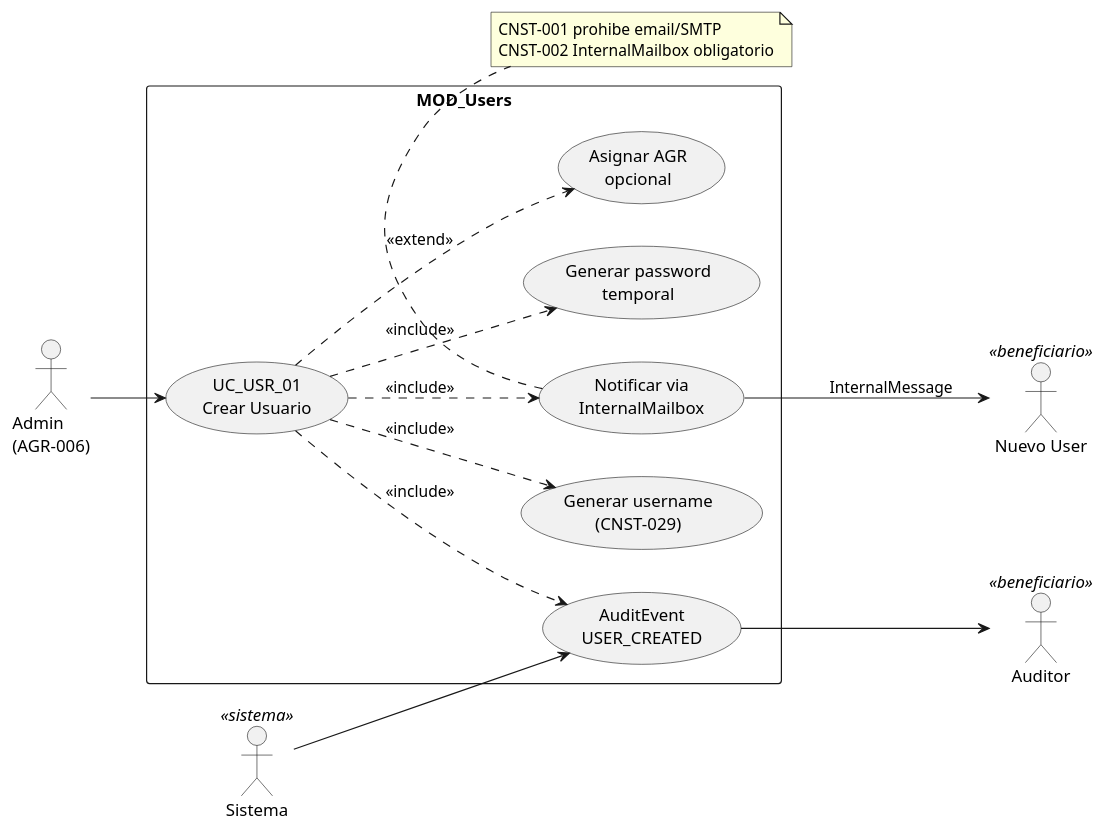
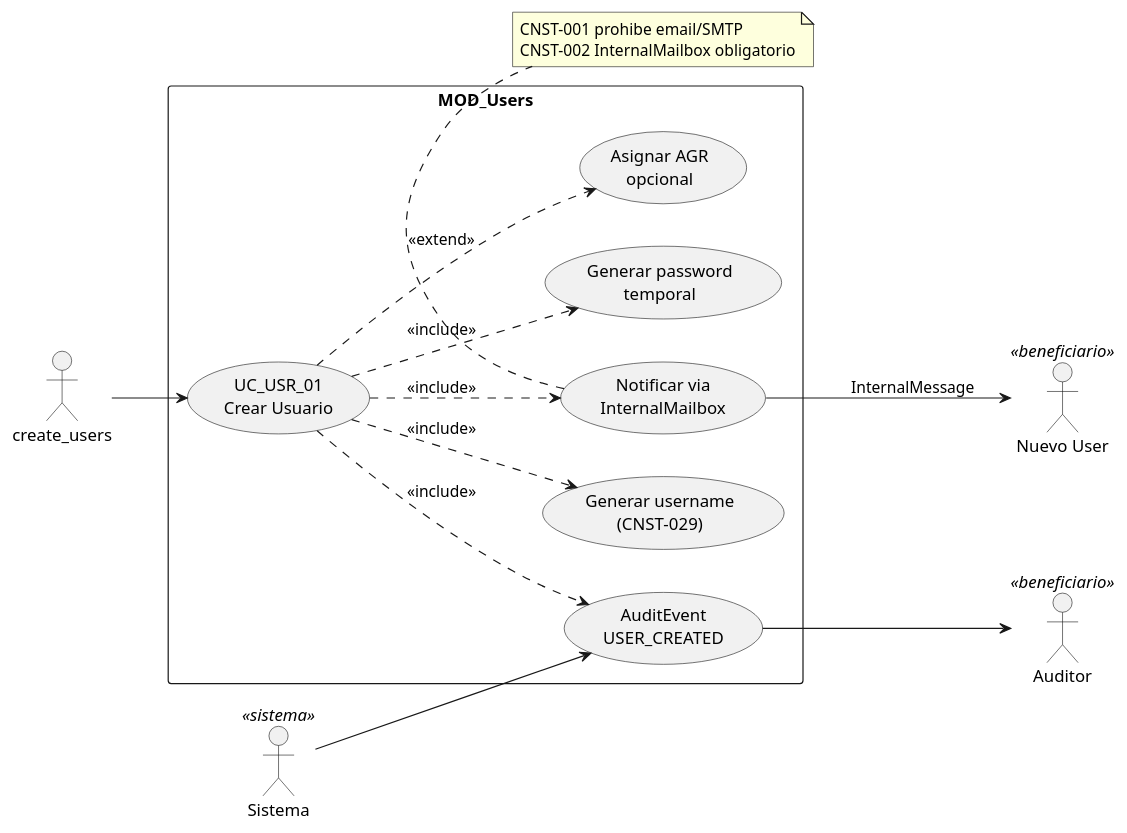
The first of 4 diagrams in source/requisitos/casos-uso/users/uc-usr-01/diagramas-uml.rst (jcg-admin/IACT-docs), drawn with PlantUML before and after one commit. The commit also changed 77 other files, not shown here.

First line of the commit message:
Enforce RBAC function names as actors in all UML diagrams

```diff
--- a/source/requisitos/casos-uso/users/uc-usr-01/diagramas-uml.rst
+++ b/source/requisitos/casos-uso/users/uc-usr-01/diagramas-uml.rst
@@ -10,37 +10,37 @@
 .. uml::
  :caption: UC_USR_01 — actores y casos asociados
 
  @startuml
 
  left to right direction
 
- actor "Admin\n(AGR-006)" as ADMIN
+ actor "create_users" as ADMIN
  actor "Nuevo User" as USER <<beneficiario>>
  actor "Auditor" as AUD <<beneficiario>>
  actor "Sistema" as SYS <<sistema>>
 
  rectangle "MOD_Users" {
    usecase "UC_USR_01\nCrear Usuario" as UC01
    usecase "Generar username\n(CNST-029)" as GEN
    usecase "Generar password\ntemporal" as PWD
    usecase "Asignar AGR\nopcional" as AGR
    usecase "Notificar via\nInternalMailbox" as NOT
    usecase "AuditEvent\nUSER_CREATED" as EMI
  }
 
  ADMIN --> UC01
  UC01 ..> GEN : <<include>>
  UC01 ..> PWD : <<include>>
  UC01 ..> AGR : <<extend>>
  UC01 ..> NOT : <<include>>
  UC01 ..> EMI : <<include>>
  NOT --> USER : InternalMessage
  SYS --> EMI
  EMI --> AUD
 
  note bottom of NOT
    CNST-001 prohibe email/SMTP
    CNST-002 InternalMailbox obligatorio
  end note
 
  @enduml
```
